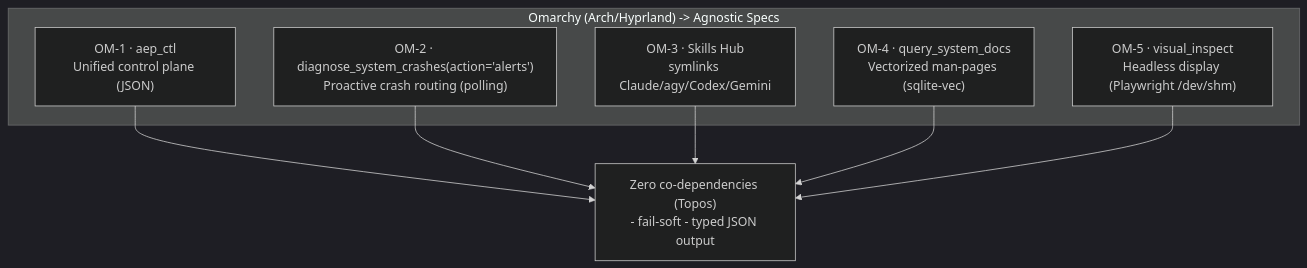
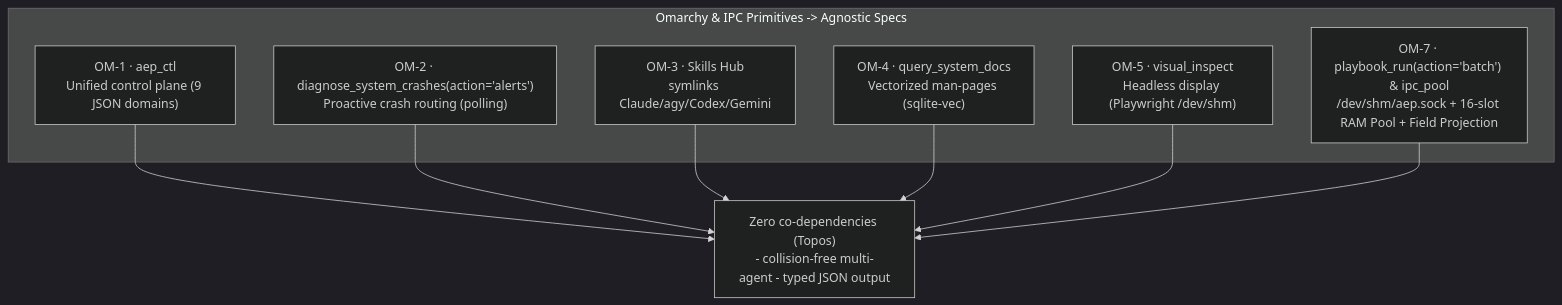
The tenth of 16 diagrams in README.md (ancrz/agent-execution-plane), drawn with Mermaid (dark theme) before and after one commit. The commit also changed other lines of this file and 9 other files, not shown here.

First line of the commit message:
feat(concurrency): lock audit ledger and RAM snapshots against multi-agent races (ONT-24)

````diff
--- a/README.md
+++ b/README.md
@@ -608,11 +608,12 @@
 ```mermaid
 flowchart TD
-    subgraph OM["Omarchy (Arch/Hyprland) -> Agnostic Specs"]
-        S1["OM-1 · aep_ctl<br/>Unified control plane (JSON)"]
+    subgraph OM["Omarchy & IPC Primitives -> Agnostic Specs"]
+        S1["OM-1 · aep_ctl<br/>Unified control plane (9 JSON domains)"]
         S2["OM-2 · diagnose_system_crashes(action='alerts')<br/>Proactive crash routing (polling)"]
         S3["OM-3 · Skills Hub<br/>symlinks Claude/agy/Codex/Gemini"]
         S4["OM-4 · query_system_docs<br/>Vectorized man-pages (sqlite-vec)"]
         S5["OM-5 · visual_inspect<br/>Headless display (Playwright /dev/shm)"]
+        S7["OM-7 · playbook_run(action='batch') & ipc_pool<br/>/dev/shm/aep.sock + 16-slot RAM Pool + Field Projection"]
     end
-    S1 & S2 & S3 & S4 & S5 --> V["Zero co-dependencies (Topos)<br/>- fail-soft - typed JSON output"]
+    S1 & S2 & S3 & S4 & S5 & S7 --> V["Zero co-dependencies (Topos)<br/>- collision-free multi-agent - typed JSON output"]
 ```
````
